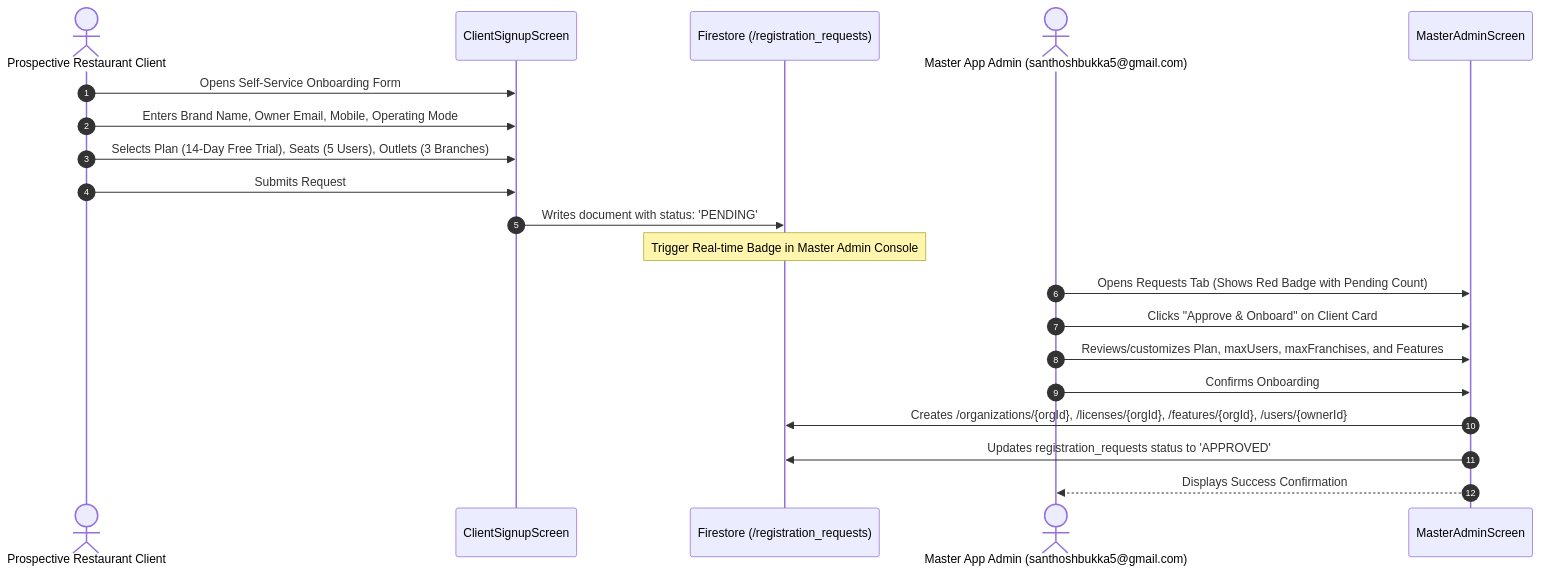
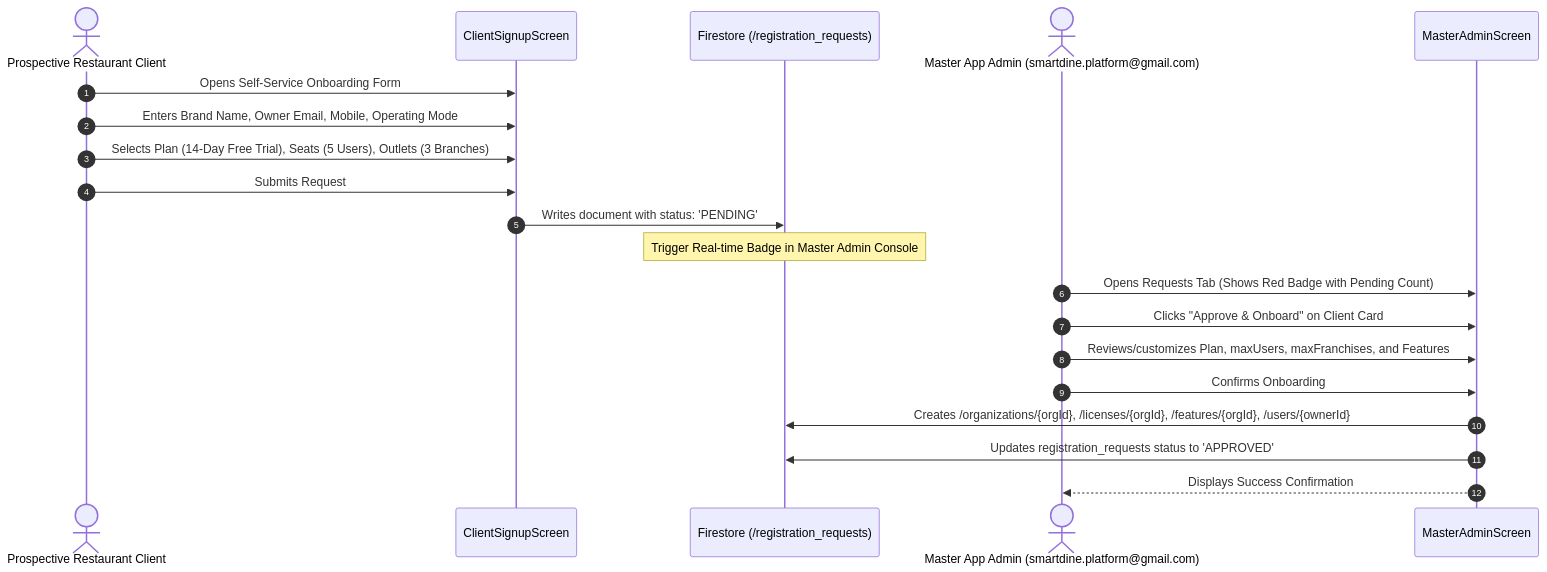
Before and after one commit to Santhosh-Guptha/smart_restaurant_pos: the first of 9 diagrams in FLOWS_AND_SCENARIOS.md, drawn with Mermaid. The commit also changed other lines of this file and 6 other files, not shown here.

````diff
--- a/FLOWS_AND_SCENARIOS.md
+++ b/FLOWS_AND_SCENARIOS.md
@@ -24,23 +28,23 @@
 ```mermaid
 sequenceDiagram
     autonumber
     actor Client as Prospective Restaurant Client
     participant Form as ClientSignupScreen
     participant FS as Firestore (/registration_requests)
-    actor Admin as Master App Admin (santhoshbukka5@gmail.com)
+    actor Admin as Master App Admin (smartdine.platform@gmail.com)
     participant MAC as MasterAdminScreen
 
     Client->>Form: Opens Self-Service Onboarding Form
     Client->>Form: Enters Brand Name, Owner Email, Mobile, Operating Mode
     Client->>Form: Selects Plan (14-Day Free Trial), Seats (5 Users), Outlets (3 Branches)
     Client->>Form: Submits Request
     Form->>FS: Writes document with status: 'PENDING'
     Note over FS: Trigger Real-time Badge in Master Admin Console
     Admin->>MAC: Opens Requests Tab (Shows Red Badge with Pending Count)
     Admin->>MAC: Clicks "Approve & Onboard" on Client Card
     Admin->>MAC: Reviews/customizes Plan, maxUsers, maxFranchises, and Features
     Admin->>MAC: Confirms Onboarding
     MAC->>FS: Creates /organizations/{orgId}, /licenses/{orgId}, /features/{orgId}, /users/{ownerId}
     MAC->>FS: Updates registration_requests status to 'APPROVED'
     MAC-->>Admin: Displays Success Confirmation
 ```
````
